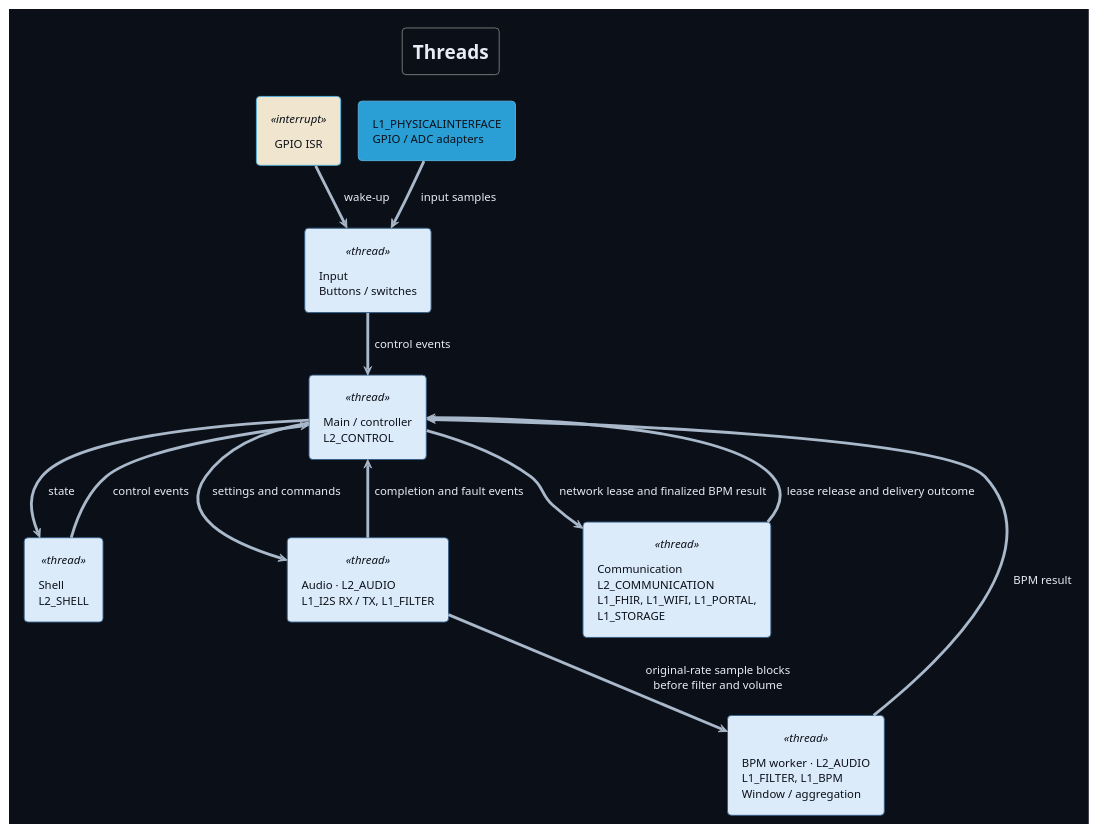
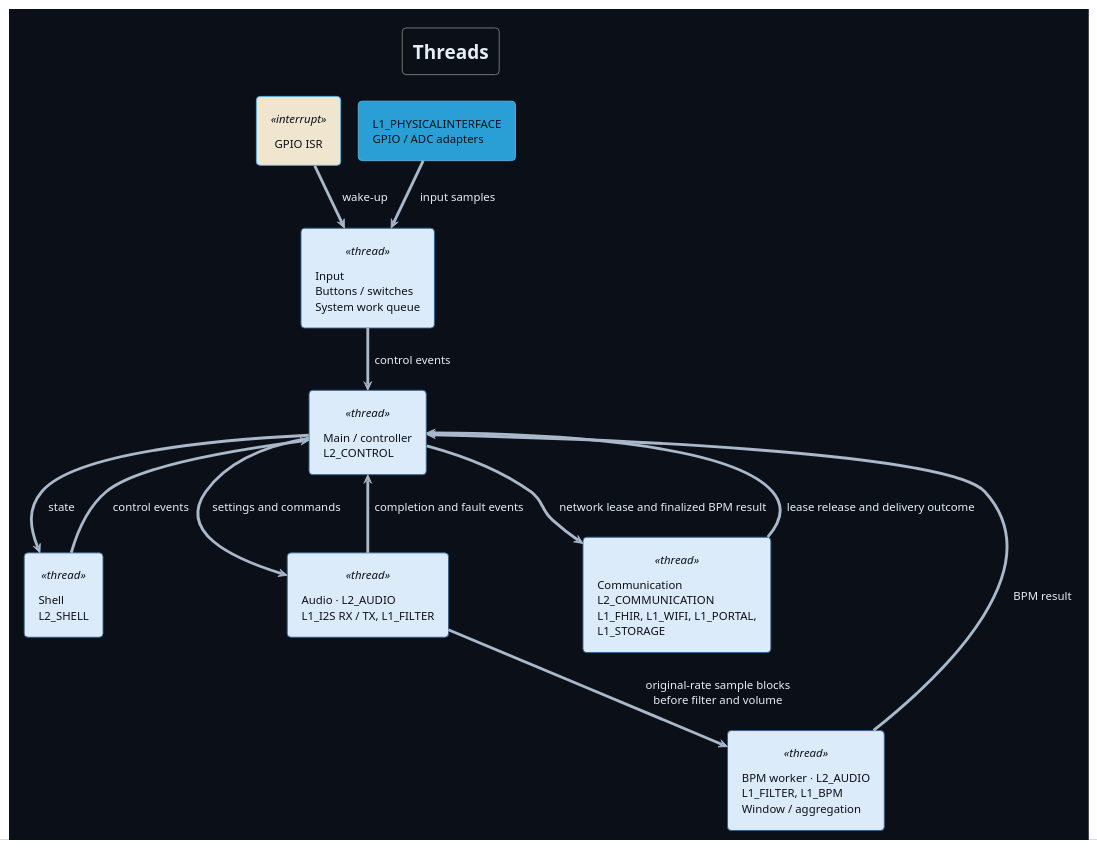
Before and after one commit to DemonicPsychoII/DigitalStethoscope: the diagram in Development/system/architecture/system/puml/runtime-ownership.puml, drawn with PlantUML. The commit also changed 6 other files, not shown here.

First line of the commit message:
documentation: state that input runs on the system work queue

```diff
--- a/Development/system/architecture/system/puml/runtime-ownership.puml
+++ b/Development/system/architecture/system/puml/runtime-ownership.puml
@@ -1,49 +1,49 @@
 @startuml runtime_ownership
 !theme cyborg
 !pragma layout smetana
 skinparam shadowing false
 skinparam backgroundColor #0b1018
 skinparam defaultFontColor #e6edf7
 skinparam ArrowColor #a9b8ca
 skinparam component {
  FontColor #0b1018
  BackgroundColor<<optional>> #273241
  BorderColor<<optional>> #61738a
  FontColor<<optional>> #b8c4d4
 }
 skinparam artifact {
  BackgroundColor<<optional>> #273241
  BorderColor<<optional>> #61738a
  FontColor<<optional>> #b8c4d4
 }
 skinparam componentStyle rectangle
 skinparam defaultFontName SansSerif
 title Threads
 top to bottom direction
 skinparam component {
  BackgroundColor<<thread>> #DCEBFA
  BorderColor<<thread>> #345E87
  FontColor<<thread>> #0b1018
  BackgroundColor<<interrupt>> #F0E5CF
  FontColor<<interrupt>> #0b1018
 }
 component "GPIO ISR" as irq <<interrupt>>
 component "L1_PHYSICALINTERFACE\nGPIO / ADC adapters" as adapters
-component "Input\nButtons / switches" as inp <<thread>>
+component "Input\nButtons / switches\nSystem work queue" as inp <<thread>>
 component "Shell\nL2_SHELL" as shell <<thread>>
 component "Main / controller\nL2_CONTROL" as ctl <<thread>>
 component "Audio · L2_AUDIO\nL1_I2S RX / TX, L1_FILTER" as audio <<thread>>
 component "BPM worker · L2_AUDIO\nL1_FILTER, L1_BPM\nWindow / aggregation" as bpm <<thread>>
 component "Communication\nL2_COMMUNICATION\nL1_FHIR, L1_WIFI, L1_PORTAL,\nL1_STORAGE" as net <<thread>>
 irq --> inp : wake-up
 adapters --> inp : input samples
 inp --> ctl : control events
 shell --> ctl : control events
 ctl --> shell : state
 ctl --> audio : settings and commands
 audio --> bpm : original-rate sample blocks\nbefore filter and volume
 bpm --> ctl : BPM result
 audio --> ctl : completion and fault events
 ctl --> net : network lease and finalized BPM result
 net --> ctl : lease release and delivery outcome
 @enduml
```
